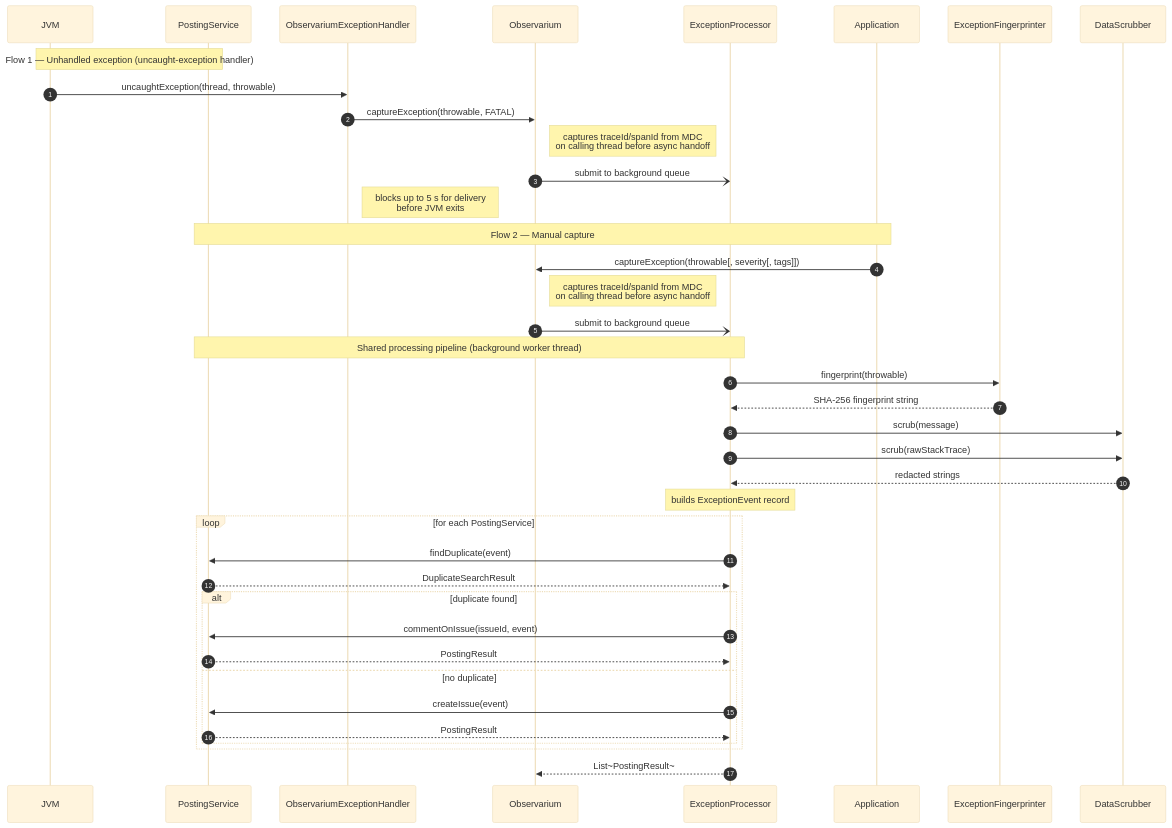
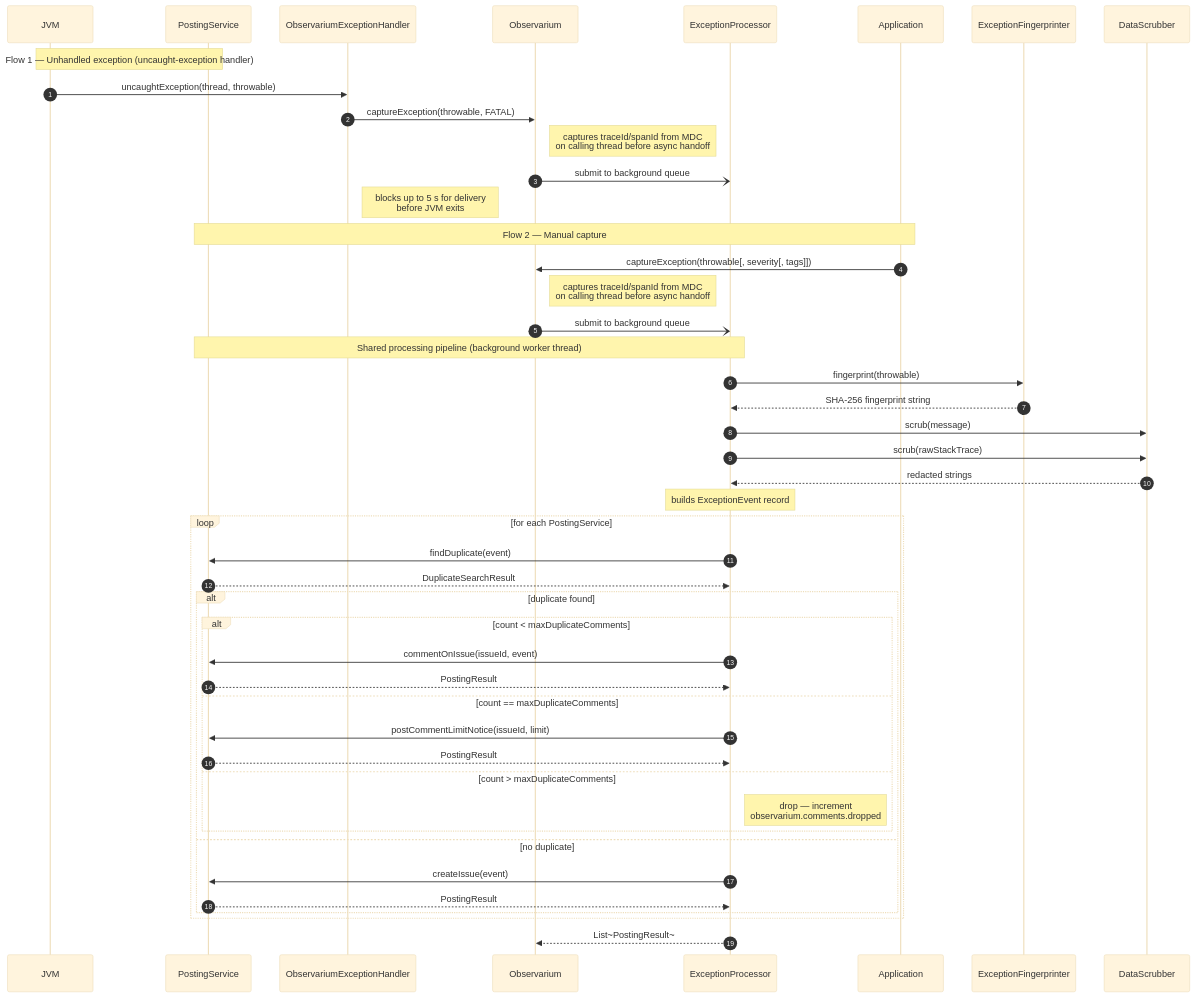
Before and after one commit to hephaistos-io/observarium: the diagram in README.md, drawn with Mermaid (base theme). The commit also changed other lines of this file and 3 other files, not shown here.

First line of the commit message:
docs: document per-issue comment limit feature

````diff
--- a/README.md
+++ b/README.md
@@ -17,44 +17,51 @@
 ```mermaid
 sequenceDiagram
     autonumber
 
     Note over JVM,PostingService: Flow 1 — Unhandled exception (uncaught-exception handler)
 
     JVM->>ObservariumExceptionHandler: uncaughtException(thread, throwable)
     ObservariumExceptionHandler->>Observarium: captureException(throwable, FATAL)
     Note right of Observarium: captures traceId/spanId from MDC<br/>on calling thread before async handoff
     Observarium-)ExceptionProcessor: submit to background queue
     Note right of ObservariumExceptionHandler: blocks up to 5 s for delivery<br/>before JVM exits
 
     Note over Application,PostingService: Flow 2 — Manual capture
 
     Application->>Observarium: captureException(throwable[, severity[, tags]])
     Note right of Observarium: captures traceId/spanId from MDC<br/>on calling thread before async handoff
     Observarium-)ExceptionProcessor: submit to background queue
 
     Note over ExceptionProcessor,PostingService: Shared processing pipeline (background worker thread)
 
     ExceptionProcessor->>ExceptionFingerprinter: fingerprint(throwable)
     ExceptionFingerprinter-->>ExceptionProcessor: SHA-256 fingerprint string
 
     ExceptionProcessor->>DataScrubber: scrub(message)
     ExceptionProcessor->>DataScrubber: scrub(rawStackTrace)
     DataScrubber-->>ExceptionProcessor: redacted strings
 
     Note over ExceptionProcessor: builds ExceptionEvent record
 
     loop for each PostingService
         ExceptionProcessor->>PostingService: findDuplicate(event)
         PostingService-->>ExceptionProcessor: DuplicateSearchResult
 
         alt duplicate found
-            ExceptionProcessor->>PostingService: commentOnIssue(issueId, event)
-            PostingService-->>ExceptionProcessor: PostingResult
+            alt count < maxDuplicateComments
+                ExceptionProcessor->>PostingService: commentOnIssue(issueId, event)
+                PostingService-->>ExceptionProcessor: PostingResult
+            else count == maxDuplicateComments
+                ExceptionProcessor->>PostingService: postCommentLimitNotice(issueId, limit)
+                PostingService-->>ExceptionProcessor: PostingResult
+            else count > maxDuplicateComments
+                Note right of ExceptionProcessor: drop — increment<br/>observarium.comments.dropped
+            end
         else no duplicate
             ExceptionProcessor->>PostingService: createIssue(event)
             PostingService-->>ExceptionProcessor: PostingResult
         end
     end
 
     ExceptionProcessor-->>Observarium: List~PostingResult~
 ```
````
